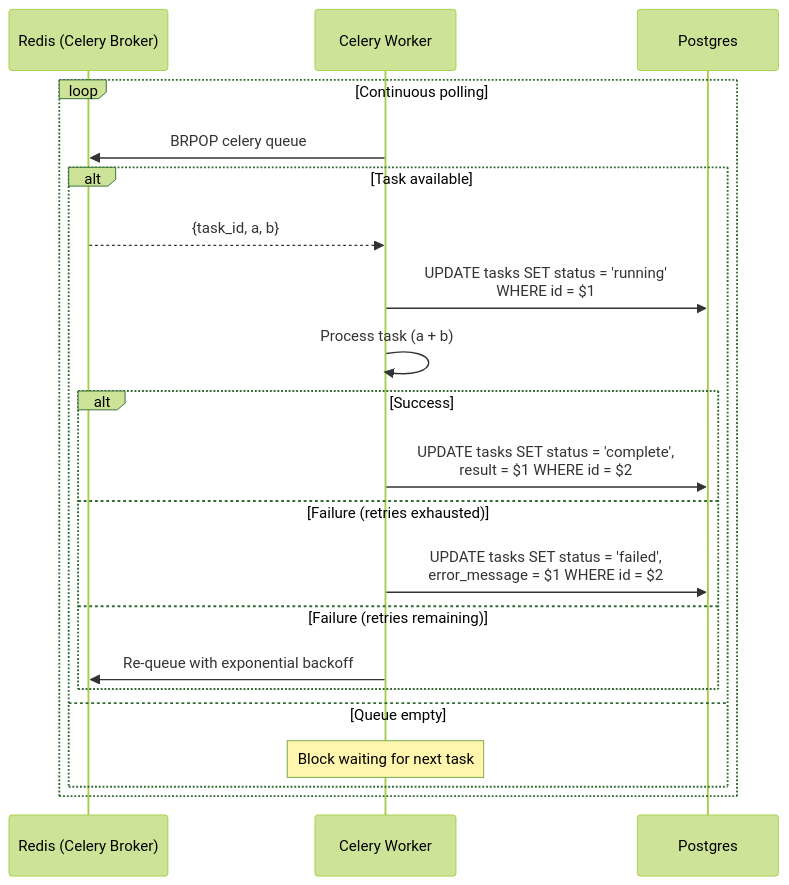
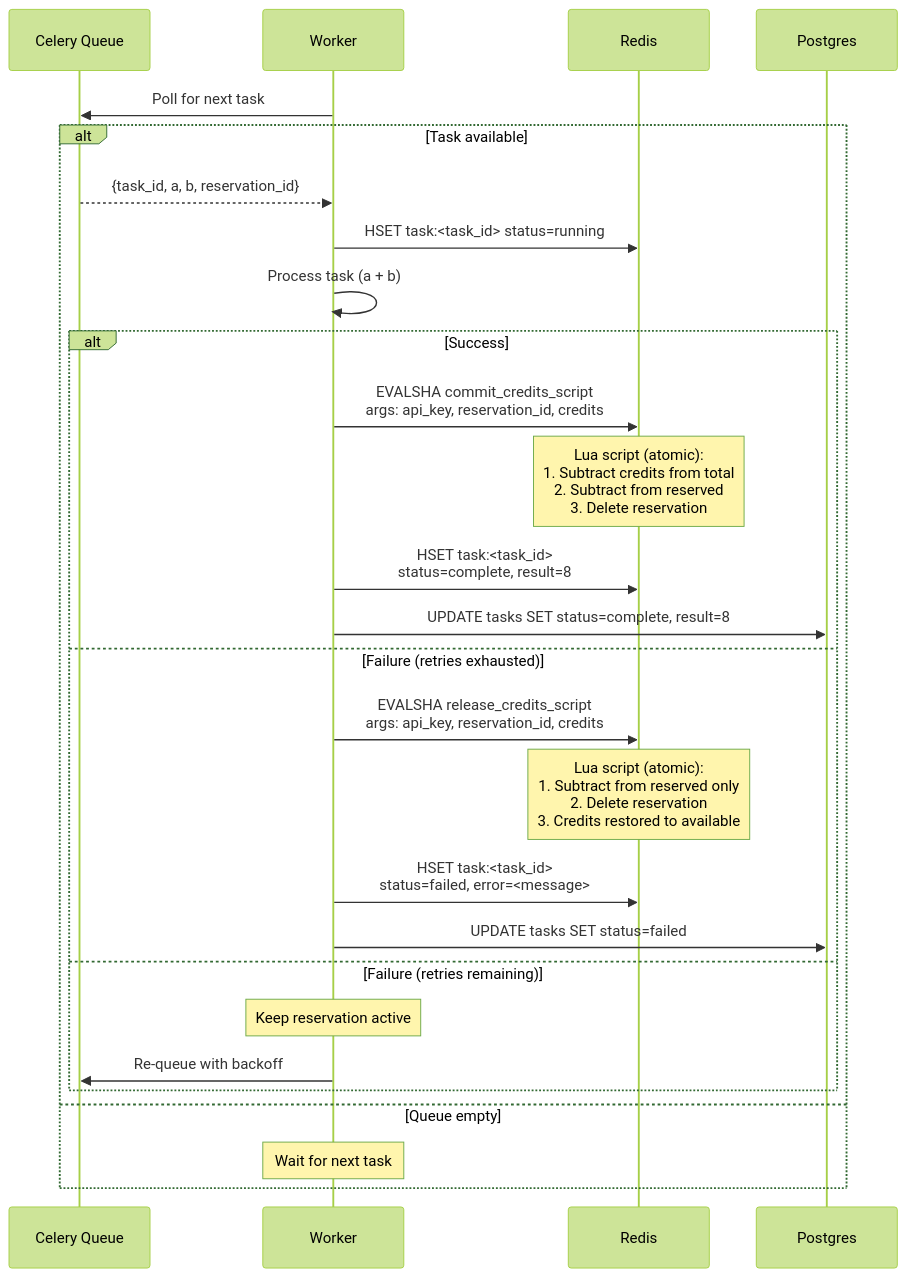
The second of 6 diagrams in sequence_diagrams.md (aregmii/celery-api-quickstart), drawn with Mermaid (forest theme) before and after one commit. The commit also changed other lines of this file, not shown here.

````diff
--- a/sequence_diagrams.md
+++ b/sequence_diagrams.md
@@ -56,29 +74,46 @@
 ```mermaid
 sequenceDiagram
-    participant Redis as Redis (Celery Broker)
-    participant Worker as Celery Worker
+    participant Celery as Celery Queue
+    participant Worker
+    participant Redis
     participant Postgres
 
-    loop Continuous polling
-        Worker->>Redis: BRPOP celery queue
+    Worker->>Celery: Poll for next task
 
-        alt Task available
-            Redis-->>Worker: {task_id, a, b}
+    alt Task available
+        Celery-->>Worker: {task_id, a, b, reservation_id}
 
-            Worker->>Postgres: UPDATE tasks SET status = 'running'<br/>WHERE id = $1
+        Worker->>Redis: HSET task:<task_id> status=running
 
-            Worker->>Worker: Process task (a + b)
+        Worker->>Worker: Process task (a + b)
 
-            alt Success
-                Worker->>Postgres: UPDATE tasks SET status = 'complete',<br/>result = $1 WHERE id = $2
-            else Failure (retries exhausted)
-                Worker->>Postgres: UPDATE tasks SET status = 'failed',<br/>error_message = $1 WHERE id = $2
-            else Failure (retries remaining)
-                Worker->>Redis: Re-queue with exponential backoff
-            end
+        alt Success
+            %% Commit: deduct from total, clear reservation
+            Worker->>Redis: EVALSHA commit_credits_script<br/>args: api_key, reservation_id, credits
 
-        else Queue empty
-            Note over Worker: Block waiting for next task
+            Note over Redis: Lua script (atomic):<br/>1. Subtract credits from total<br/>2. Subtract from reserved<br/>3. Delete reservation
+
+            Worker->>Redis: HSET task:<task_id><br/>status=complete, result=8
+
+            %% Persist to Postgres
+            Worker->>Postgres: UPDATE tasks SET status=complete, result=8
+
+        else Failure (retries exhausted)
+            %% Release: clear reservation, no deduction
+            Worker->>Redis: EVALSHA release_credits_script<br/>args: api_key, reservation_id, credits
+
+            Note over Redis: Lua script (atomic):<br/>1. Subtract from reserved only<br/>2. Delete reservation<br/>3. Credits restored to available
+
+            Worker->>Redis: HSET task:<task_id><br/>status=failed, error=<message>
+
+            Worker->>Postgres: UPDATE tasks SET status=failed
+
+        else Failure (retries remaining)
+            Note over Worker: Keep reservation active
+            Worker->>Celery: Re-queue with backoff
         end
+
+    else Queue empty
+        Note over Worker: Wait for next task
     end
 ```
````
